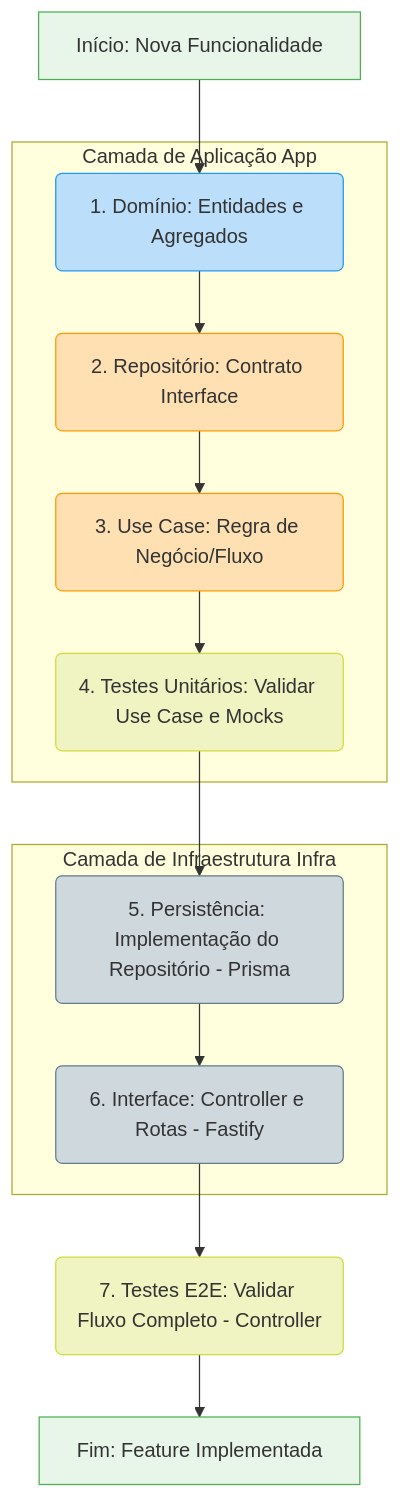
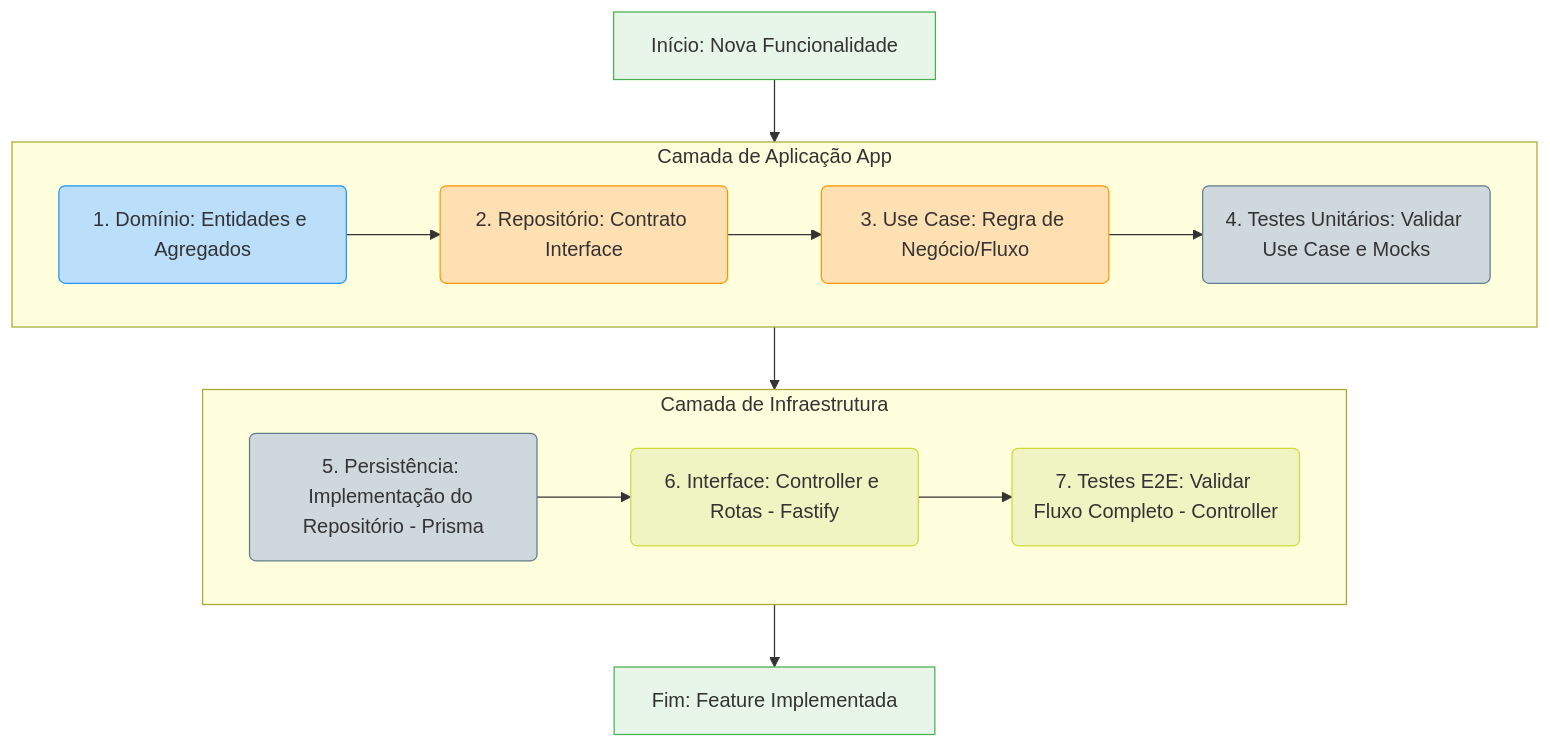
One commit to riqq54/barbershop-project changed the second of 2 diagrams in README.md. Above: the diagram before and after it, drawn with Mermaid.

Commit message:
fix features flowchart

````diff
--- a/README.md
+++ b/README.md
@@ -272,33 +272,45 @@
 ```mermaid 
 graph TD
-    A[Início: Nova Funcionalidade] --> B(1. Domínio: Entidades e Agregados);
-    
-    subgraph Camada de Aplicação App
+    A[Início: Nova Funcionalidade]
+
+    subgraph ZA["Camada de Aplicação App"]
+    direction LR
+
+        B(1. Domínio: Entidades e Agregados);
         B --> C(2. Repositório: Contrato Interface);
         C --> D(3. Use Case: Regra de Negócio/Fluxo);
-        D --> G(4. Testes Unitários: Validar Use Case e Mocks);
+        D --> E(4. Testes Unitários: Validar Use Case e Mocks);
+
     end
 
-    subgraph Camada de Infraestrutura Infra
-        G --> E(5. Persistência: Implementação do Repositório - Prisma);
-        E --> F(6. Interface: Controller e Rotas - Fastify);
+    subgraph ZB["Camada de Infraestrutura"]
+    direction LR
+
+        F(5. Persistência: Implementação do Repositório - Prisma);
+        F --> G(6. Interface: Controller e Rotas - Fastify);
+        G --> H(7. Testes E2E: Validar Fluxo Completo - Controller);
+
     end
-    
-    F --> H(7. Testes E2E: Validar Fluxo Completo - Controller);
-    H --> I[Fim: Feature Implementada];
-    
+
+    A --> ZA
+
+    ZA --> ZB
+
+    I[Fim: Feature Implementada];
+
+    ZB --> I
+
     style A fill:#E8F5E9,stroke:#4CAF50,color:#333;
-    style I fill:#E8F5E9,stroke:#4CAF50,color:#333;
-    
     style B fill:#BBDEFB,stroke:#2196F3,color:#333;
     
     style C fill:#FFE0B2,stroke:#FF9800,color:#333;
     style D fill:#FFE0B2,stroke:#FF9800,color:#333;
     
-    style G fill:#F0F4C3,stroke:#CDDC39,color:#333;
-    
     style E fill:#CFD8DC,stroke:#607D8B,color:#333;
     style F fill:#CFD8DC,stroke:#607D8B,color:#333;
     
+    style G fill:#F0F4C3,stroke:#CDDC39,color:#333;
     style H fill:#F0F4C3,stroke:#CDDC39,color:#333;
+    
+    style I fill:#E8F5E9,stroke:#4CAF50,color:#333;
 ```
````
